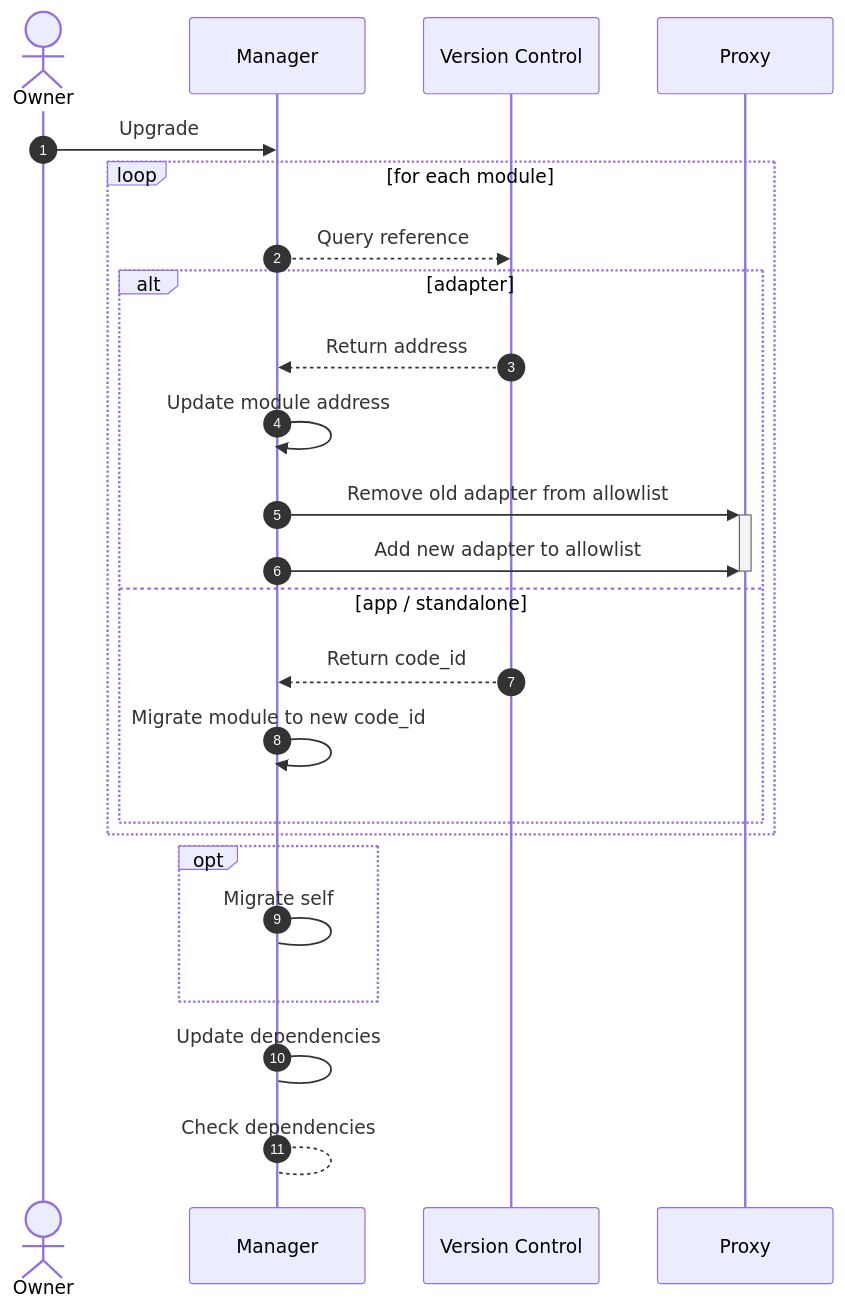
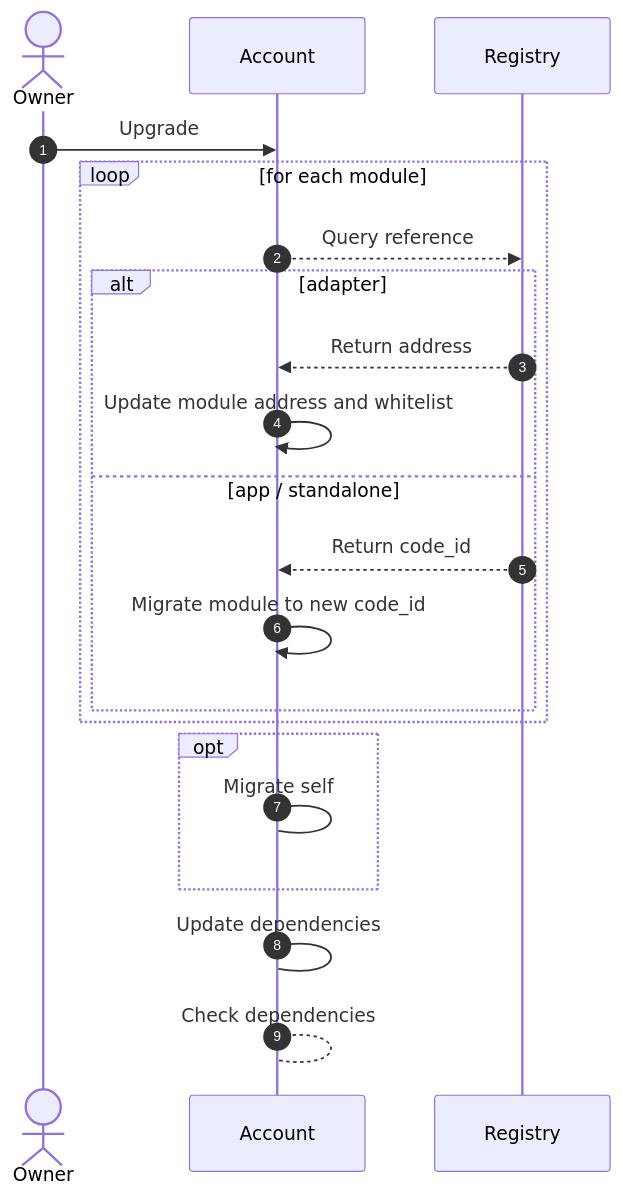
The second of 2 diagrams in framework/docs/src/3_framework/7_upgradability.md (AbstractSDK/abstract), drawn with Mermaid before and after one commit. The commit also changed other lines of this file and 137 other files, not shown here.

````diff
--- a/framework/docs/src/3_framework/7_upgradability.md
+++ b/framework/docs/src/3_framework/7_upgradability.md
@@ -49,28 +49,24 @@
 ```mermaid
 sequenceDiagram
     autonumber
     actor U as Owner
-    participant M as Manager
-    participant VC as Version Control
-    participant P as Proxy
-    U ->> M: Upgrade
+    participant A as Account
+    participant REG as Registry
+    U ->> A: Upgrade
     loop for each module
-        M -->> VC: Query reference
+        A -->> REG: Query reference
         alt adapter
-            VC -->> M: Return address
-            M ->> M: Update module address
-            M ->>+ P: Remove old adapter from allowlist
-            M ->> P: Add new adapter to allowlist
-            deactivate P
+            REG -->> A: Return address
+            A ->> A: Update module address and whitelist
         else app / standalone
-            VC -->> M: Return code_id
-            M ->> M: Migrate module to new code_id
+            REG -->> A: Return code_id
+            A ->> A: Migrate module to new code_id
         end
     end
 
     opt
-        M -> M: Migrate self
+        A -> A: Migrate self
     end
-    M -> M: Update dependencies
-    M --> M: Check dependencies  
+    A -> A: Update dependencies
+    A --> A: Check dependencies  
 ```
````
